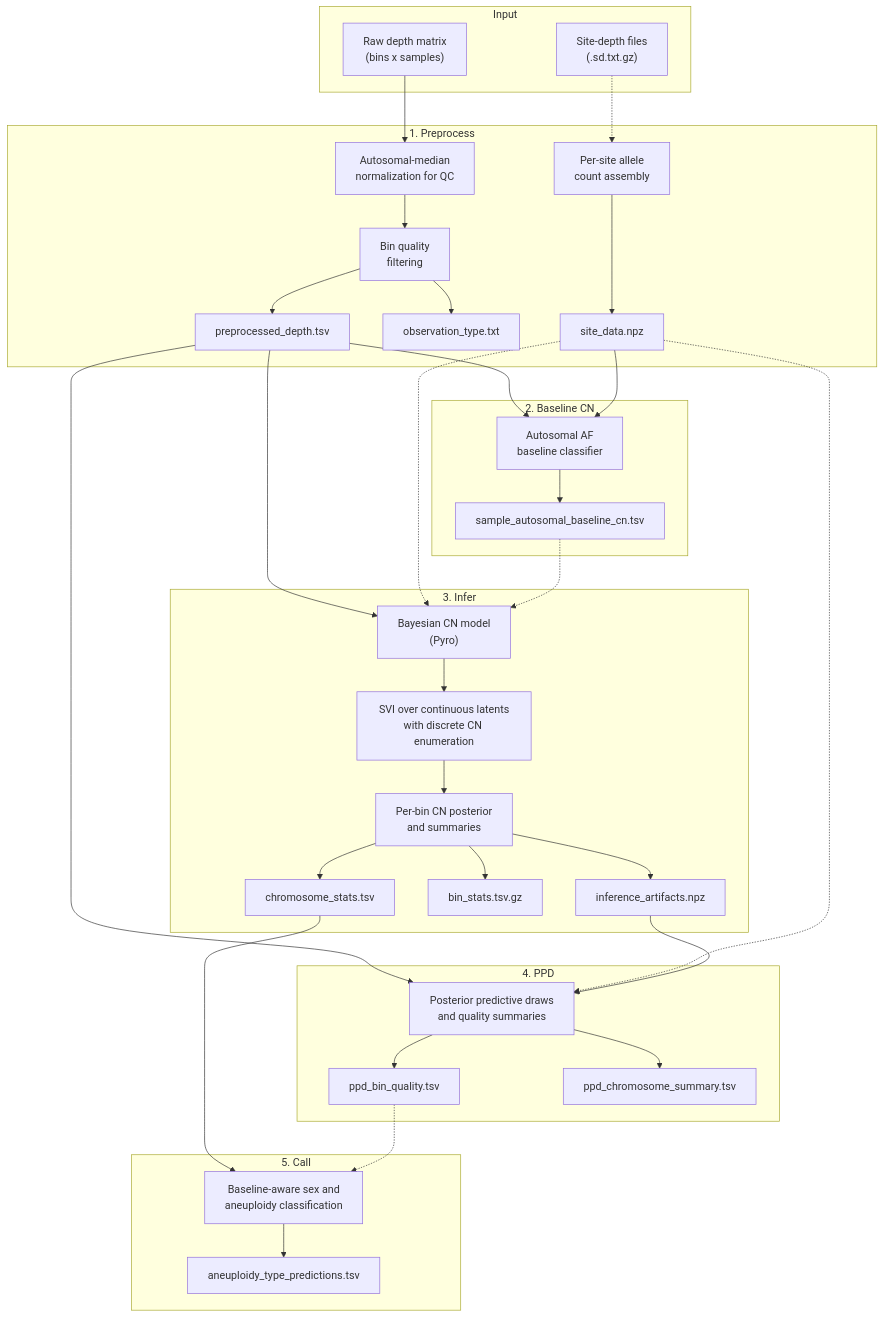
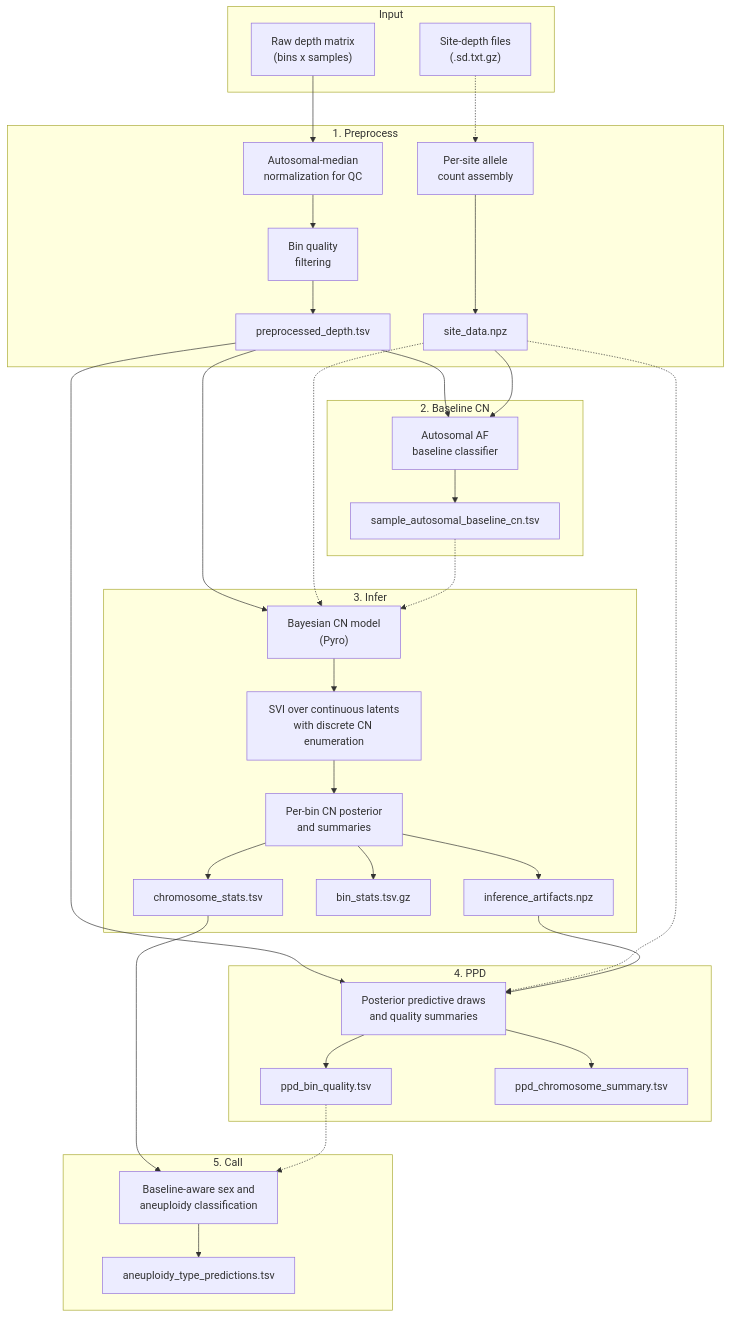
Before and after one commit to broadinstitute/gatk-sv: the diagram in src/gatk-sv-ploidy/README.md, drawn with Mermaid. The commit also changed other lines of this file and 18 other files, not shown here.

````diff
--- a/src/gatk-sv-ploidy/README.md
+++ b/src/gatk-sv-ploidy/README.md
@@ -146,54 +146,53 @@
 ```mermaid
 flowchart TD
     subgraph Input
         RD["Raw depth matrix\n(bins x samples)"]
         SD["Site-depth files\n(.sd.txt.gz)"]
     end
 
     subgraph "1. Preprocess"
         N["Autosomal-median\nnormalization for QC"]
         BF["Bin quality\nfiltering"]
         AF["Per-site allele\ncount assembly"]
         RD --> N --> BF
         SD -.-> AF
         BF --> PD["preprocessed_depth.tsv"]
-        BF --> OT["observation_type.txt"]
         AF --> SN["site_data.npz"]
     end
 
     subgraph "2. Baseline CN"
         PB["Autosomal AF\nbaseline classifier"]
         PD --> PB
         SN --> PB
         PB --> AB["sample_autosomal_baseline_cn.tsv"]
     end
 
     subgraph "3. Infer"
         M["Bayesian CN model\n(Pyro)"]
         SVI["SVI over continuous latents\nwith discrete CN enumeration"]
         POST["Per-bin CN posterior\nand summaries"]
         PD --> M
         SN -.-> M
         AB -.-> M
         M --> SVI --> POST
         POST --> IA["inference_artifacts.npz"]
         POST --> BS["bin_stats.tsv.gz"]
         POST --> CS["chromosome_stats.tsv"]
     end
 
     subgraph "4. PPD"
         PPD["Posterior predictive draws\nand quality summaries"]
         PD --> PPD
         SN -.-> PPD
         IA --> PPD
         PPD --> PQ["ppd_bin_quality.tsv"]
         PPD --> PC["ppd_chromosome_summary.tsv"]
     end
 
     subgraph "5. Call"
         CALL["Baseline-aware sex and\naneuploidy classification"]
         CS --> CALL
         PQ -.-> CALL
         CALL --> PR["aneuploidy_type_predictions.tsv"]
     end
 ```
````
